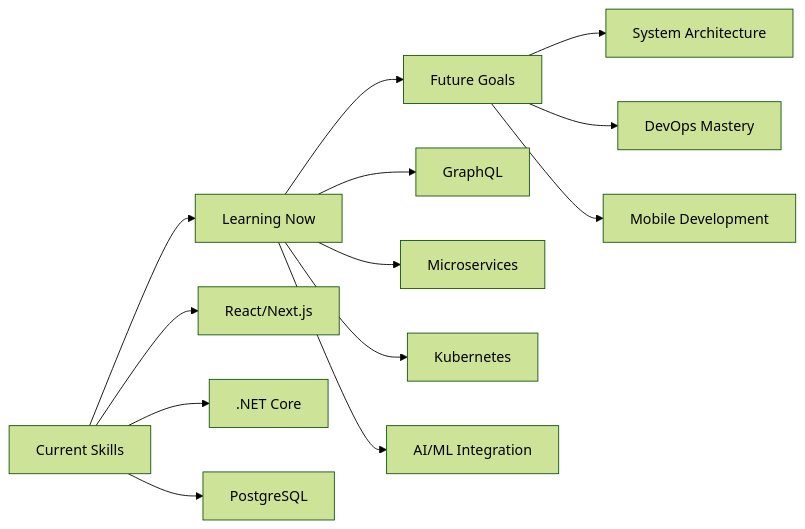
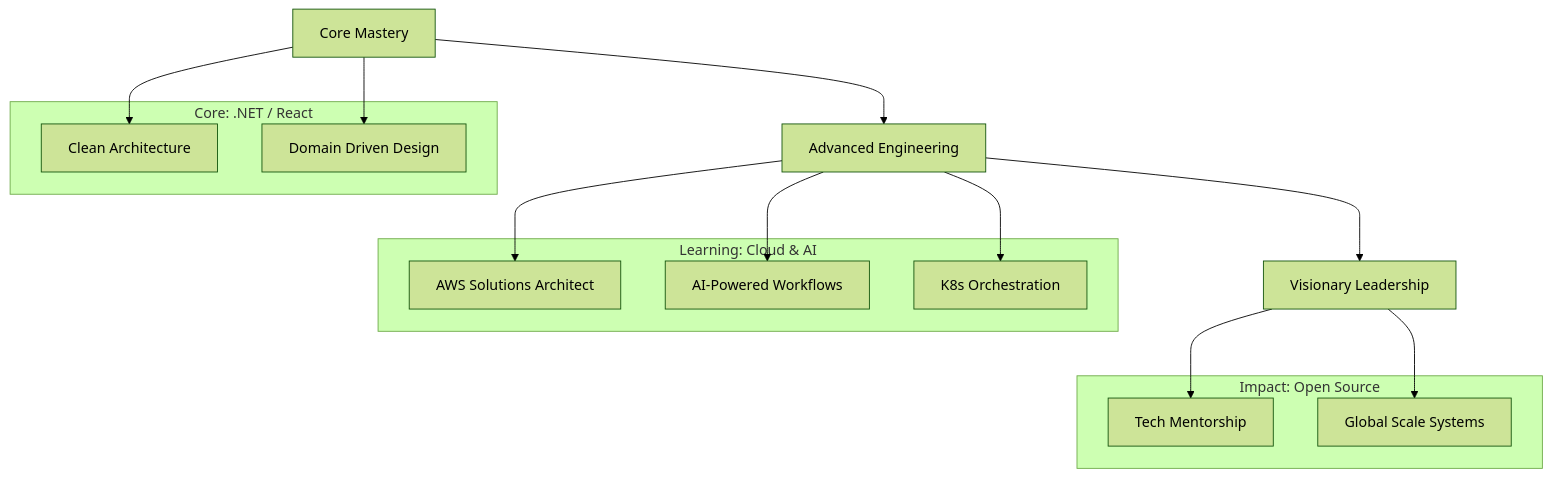
Before and after one commit to BinaDev29/BinaDev29: the diagram in README.md, drawn with Mermaid (forest theme). The commit also changed other lines of this file, not shown here.

````diff
--- a/README.md
+++ b/README.md
@@ -283,18 +174,25 @@
 ```mermaid
-graph LR
-    A[Current Skills] --> B[Learning Now]
-    B --> C[Future Goals]
+graph TD
+    A[Core Mastery] --> B[Advanced Engineering]
+    B --> C[Visionary Leadership]
     
-    A --> A1[React/Next.js]
-    A --> A2[.NET Core]
-    A --> A3[PostgreSQL]
+    subgraph "Core: .NET / React"
+    A1[Clean Architecture]
+    A2[Domain Driven Design]
+    end
     
-    B --> B1[GraphQL]
-    B --> B2[Microservices]
-    B --> B3[Kubernetes]
-    B --> B4[AI/ML Integration]
+    subgraph "Learning: Cloud & AI"
+    B1[AWS Solutions Architect]
+    B2[AI-Powered Workflows]
+    B3[K8s Orchestration]
+    end
     
-    C --> C1[System Architecture]
-    C --> C2[DevOps Mastery]
-    C --> C3[Mobile Development]
+    subgraph "Impact: Open Source"
+    C1[Tech Mentorship]
+    C2[Global Scale Systems]
+    end
+    
+    A --> A1 & A2
+    B --> B1 & B2 & B3
+    C --> C1 & C2
 ```
````
